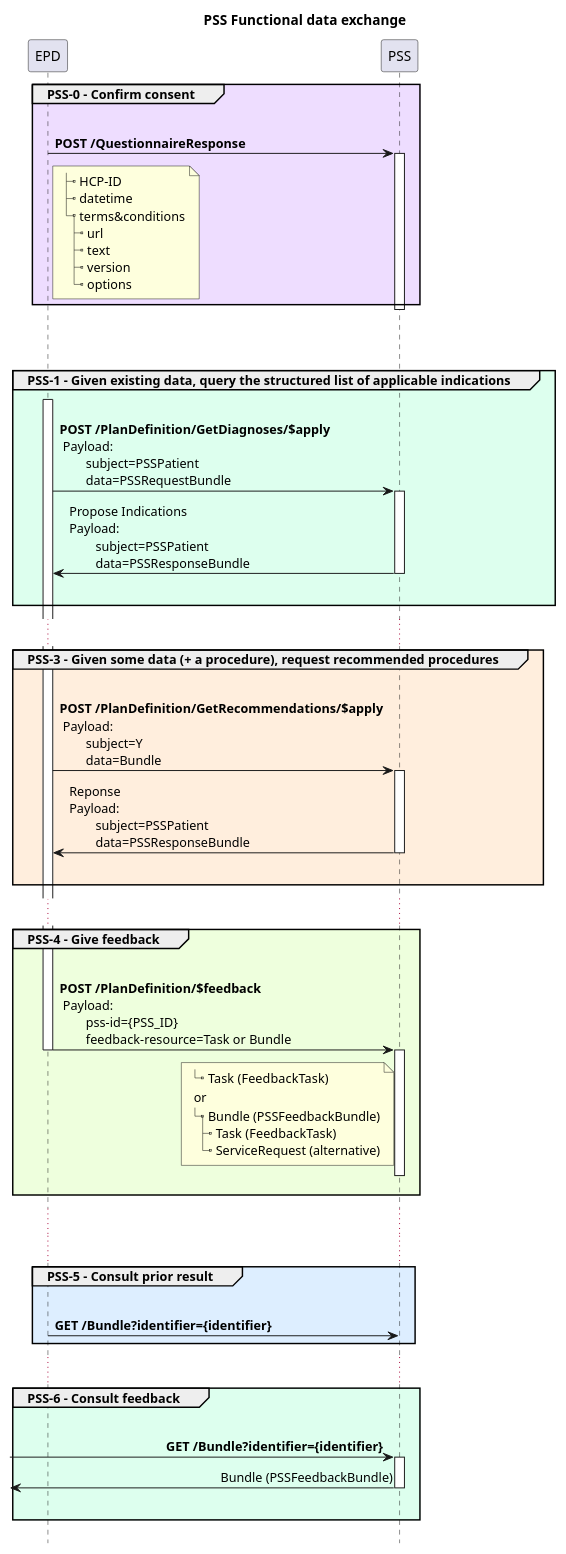
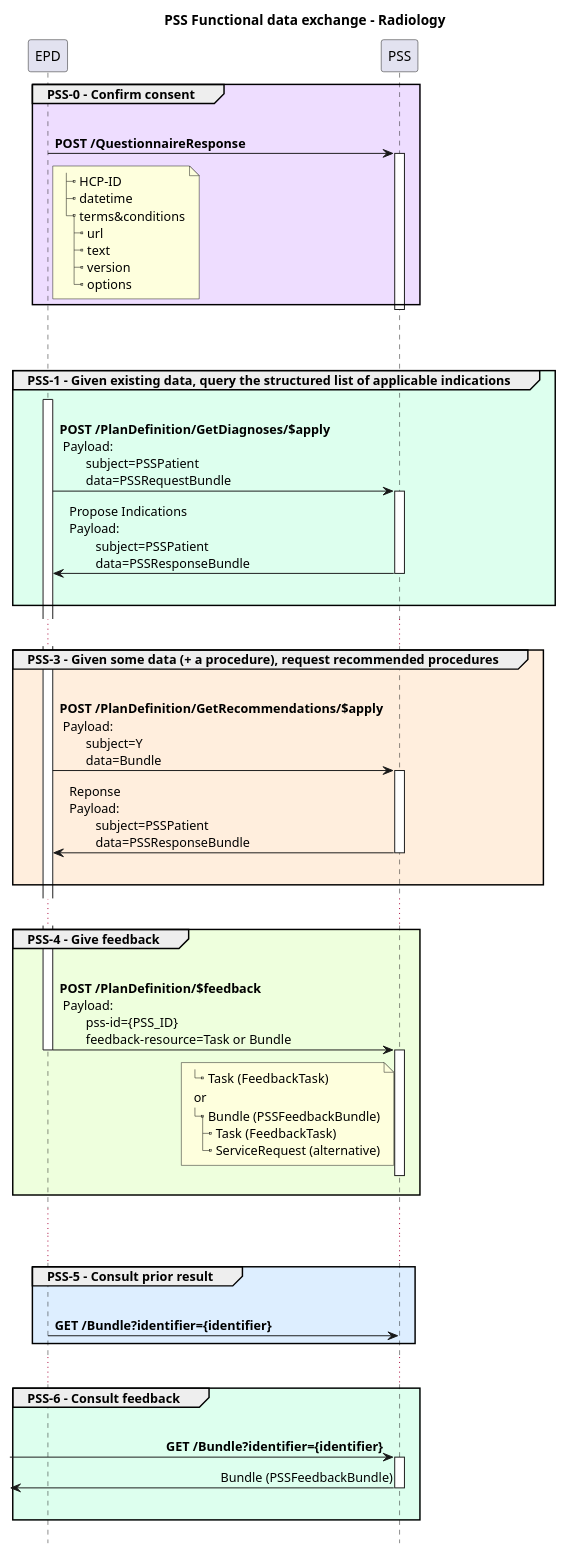
Before and after one commit to hl7-be/pss: the diagram in input/images-source/pss-flow-radiology.plantuml, drawn with PlantUML. The commit also changed 3 other files, not shown here.

First line of the commit message:
restore diagram (and adjust titles)

```diff
--- a/input/images-source/pss-flow-radiology.plantuml
+++ b/input/images-source/pss-flow-radiology.plantuml
@@ -1,96 +1,96 @@
 @startuml
 !pragma teoz true
-Title PSS Functional data exchange
+Title PSS Functional data exchange - Radiology
 hide footbox
 
 group #edf PSS-0 - Confirm consent
         EPD -> PSS : \n**POST /QuestionnaireResponse**
         activate PSS
         note right of EPD
 |_ HCP-ID
 |_ datetime
 |_ terms&conditions
   |_ url
   |_ text
   |_ version
   |_ options
         end note
         deactivate EPD
         deactivate PSS
 end
 |||
 |||
 group #DFE PSS-1 - Given existing data, query the structured list of applicable indications
         activate EPD
         EPD -> PSS : \n**POST /PlanDefinition/GetDiagnoses/$apply**\n Payload:\n        subject=PSSPatient\n        data=PSSRequestBundle
 '        & PSS -> QSI 
 '        & PSS -[hidden]-> QSI : "                                      "
         'PSS -> QSI : GET /indictions
 
         activate PSS
 '        activate QSI
 '        QSI -> PSS 
         PSS -> EPD: Propose Indications \nPayload:\n        subject=PSSPatient\n        data=PSSResponseBundle
         deactivate PSS
 '        deactivate QSI
         |||
 end
 
 ...
 group #fed PSS-3 - Given some data (+ a procedure), request recommended procedures
         EPD -> PSS : \n**POST /PlanDefinition/GetRecommendations/$apply**\n Payload:\n        subject=Y\n        data=Bundle
 '        & PSS --> QSI 
 '        & PSS -[hidden]-> QSI : "                                      "
 
         activate PSS
 '        activate QSI
 '        QSI --> PSS 
         PSS -> EPD: Reponse\nPayload:\n        subject=PSSPatient\n        data=PSSResponseBundle
         deactivate PSS
 '        deactivate QSI
         |||
 
 end
 ...
 group #efd PSS-4 - Give feedback
         EPD -> PSS : \n**POST /PlanDefinition/$feedback**\n Payload:\n        pss-id={PSS_ID}\n        feedback-resource=Task or Bundle
         note left of PSS
 |_ Task (FeedbackTask)
   or
 |_ Bundle (PSSFeedbackBundle)
   |_ Task (FeedbackTask)
   |_ ServiceRequest (alternative)
         end note
         deactivate EPD
         activate PSS
 '        & PSS -[hidden]-> QSI : "                                      "
         deactivate PSS
         |||
 
 end
 
 ...
 ...
 
 group #def PSS-5 - Consult prior result
         EPD -> PSS : \n**GET /Bundle?identifier={identifier}**
 '        & PSS -[hidden]-> QSI : "                                      "
 '        activate EPD
 end
 ...
 
 group #dfe PSS-6 - Consult feedback
 '        ADM -> PSS : \n**GET /Bundle?identifier={PSS-ID}**\n**&_profile=.../PSSFeedbackBundle**
          -> PSS : \n**GET /Bundle?identifier={identifier}**
         activate PSS
         <- PSS   : Bundle (PSSFeedbackBundle)
 '        & PSS -[hidden]-> QSI : "                                      "
         deactivate PSS
         |||
 
 '        activate EPD
 end
 
 
 
 @enduml
```
